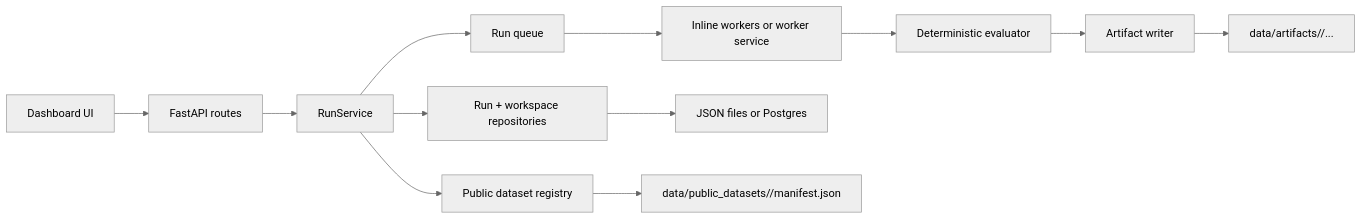
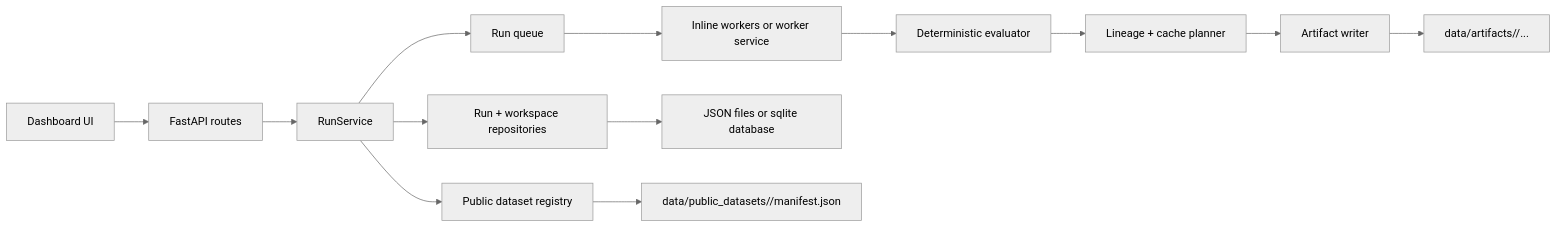
The diagram in README.md (fatimmajumder/re-amp-audio-eval), drawn with Mermaid (neutral theme) before and after one commit. The commit also changed other lines of this file and 19 other files, not shown here.

````diff
--- a/README.md
+++ b/README.md
@@ -75,14 +86,15 @@
 ```mermaid
 flowchart LR
     A["Dashboard UI"] --> B["FastAPI routes"]
     B --> C["RunService"]
     C --> D["Run queue"]
     D --> E["Inline workers or worker service"]
     E --> F["Deterministic evaluator"]
-    F --> G["Artifact writer"]
-    C --> H["Run + workspace repositories"]
-    H --> I["JSON files or Postgres"]
-    C --> J["Public dataset registry"]
-    J --> K["data/public_datasets/<dataset_id>/manifest.json"]
-    G --> L["data/artifacts/<run_id>/..."]
+    F --> G["Lineage + cache planner"]
+    G --> H["Artifact writer"]
+    C --> I["Run + workspace repositories"]
+    I --> J["JSON files or sqlite database"]
+    C --> K["Public dataset registry"]
+    K --> L["data/public_datasets/<dataset_id>/manifest.json"]
+    H --> M["data/artifacts/<run_id>/..."]
 ```
````
